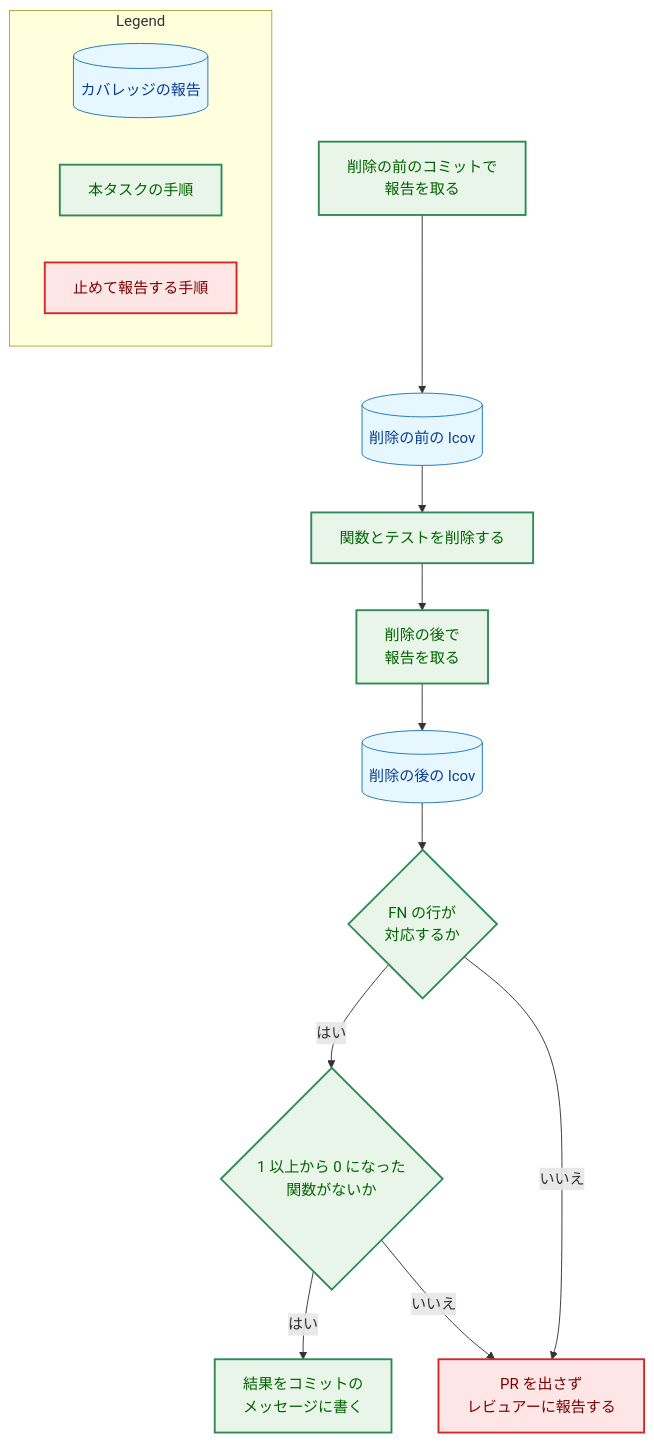
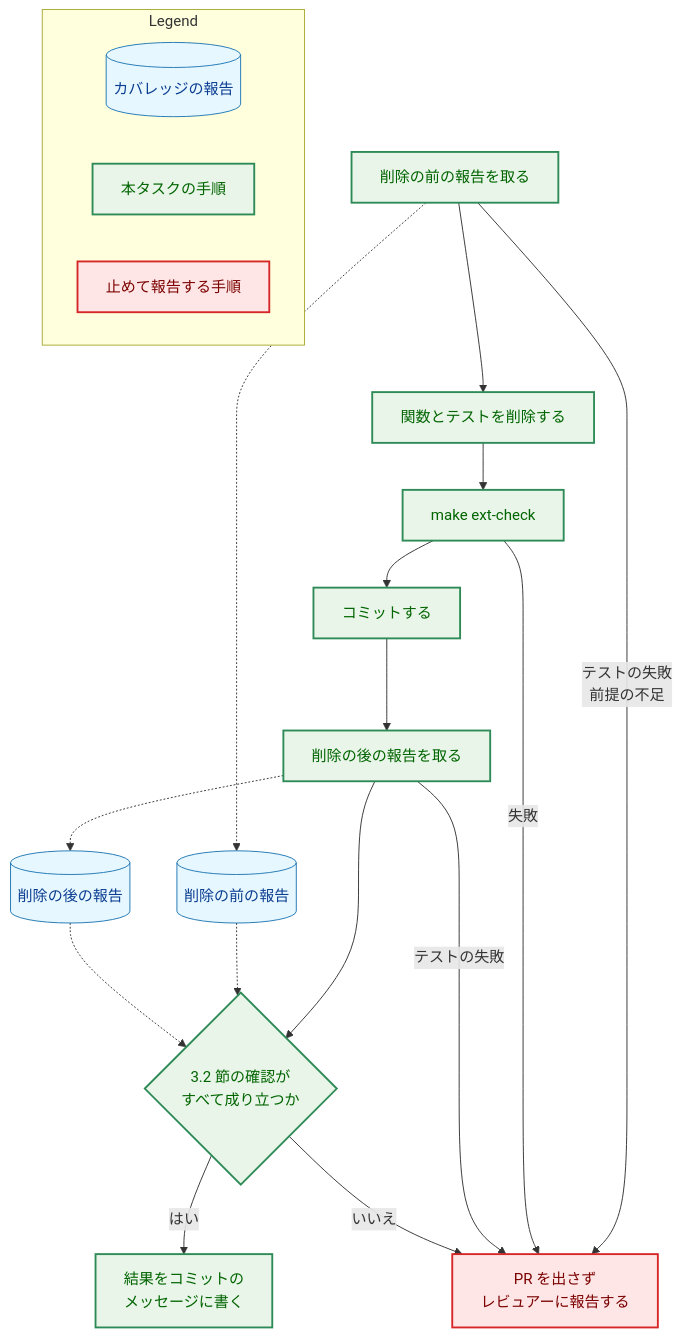
The second of 2 diagrams in docs/tasks/0054_remove_empty_metadata_result/02_architecture.md (isseis/yt2column), drawn with Mermaid before and after one commit. The commit also changed other lines of this file, not shown here.

First line of the commit message:
docs(0054): address the architecture review and the Japanese prose pass

````diff
--- a/docs/tasks/0054_remove_empty_metadata_result/02_architecture.md
+++ b/docs/tasks/0054_remove_empty_metadata_result/02_architecture.md
@@ -119,35 +135,41 @@
 ```mermaid
 flowchart TD
     classDef data fill:#e6f7ff,stroke:#1f77b4,stroke-width:1px,color:#0b3d91;
     classDef enhanced fill:#e8f5e8,stroke:#2e8b57,stroke-width:2px,color:#006400;
     classDef problem fill:#ffe6e6,stroke:#d62728,stroke-width:2px,color:#7b0000;
 
-    BEFORE["削除の前のコミットで<br>報告を取る"]
-    LB[("削除の前の lcov")]
+    BEFORE["削除の前の報告を取る"]
+    LB[("削除の前の報告")]
     DEL["関数とテストを削除する"]
-    AFTER["削除の後で<br>報告を取る"]
-    LA[("削除の後の lcov")]
-    MAP{"FN の行が<br>対応するか"}
-    CMP{"1 以上から 0 になった<br>関数がないか"}
-    COMMIT["結果をコミットの<br>メッセージに書く"]
+    CHECK["make ext-check"]
+    COMMIT["コミットする"]
+    AFTER["削除の後の報告を取る"]
+    LA[("削除の後の報告")]
+    CMP{"3.2 節の確認が<br>すべて成り立つか"}
+    AMEND["結果をコミットの<br>メッセージに書く"]
     STOP["PR を出さず<br>レビュアーに報告する"]
 
-    BEFORE --> LB --> DEL --> AFTER --> LA --> MAP
-    MAP -->|"はい"| CMP
-    MAP -->|"いいえ"| STOP
-    CMP -->|"はい"| COMMIT
+    BEFORE --> DEL --> CHECK --> COMMIT --> AFTER --> CMP
+    BEFORE -.-> LB
+    AFTER -.-> LA
+    LB -.-> CMP
+    LA -.-> CMP
+    BEFORE -->|"テストの失敗<br>前提の不足"| STOP
+    CHECK -->|"失敗"| STOP
+    AFTER -->|"テストの失敗"| STOP
+    CMP -->|"はい"| AMEND
     CMP -->|"いいえ"| STOP
 
     class LB,LA data
-    class BEFORE,DEL,AFTER,MAP,CMP,COMMIT enhanced
+    class BEFORE,DEL,CHECK,COMMIT,AFTER,CMP,AMEND enhanced
     class STOP problem
 
     subgraph Legend["Legend"]
         L1[("カバレッジの報告")]
         L2["本タスクの手順"]
         L3["止めて報告する手順"]
     end
     class L1 data
     class L2 enhanced
     class L3 problem
 ```
````
